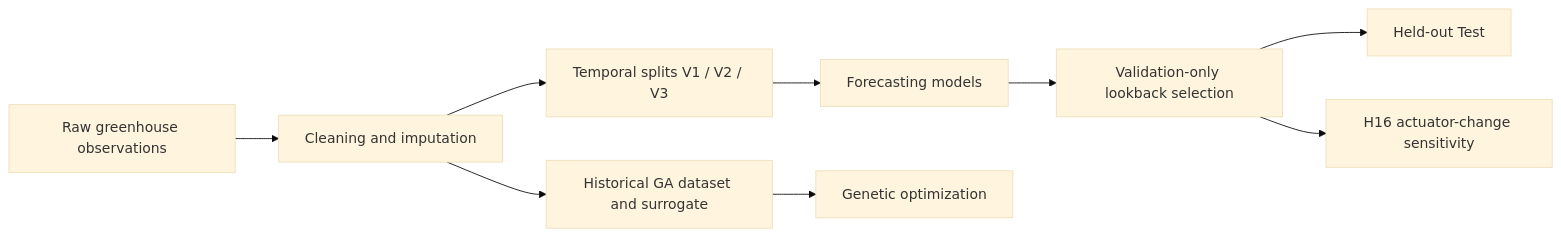
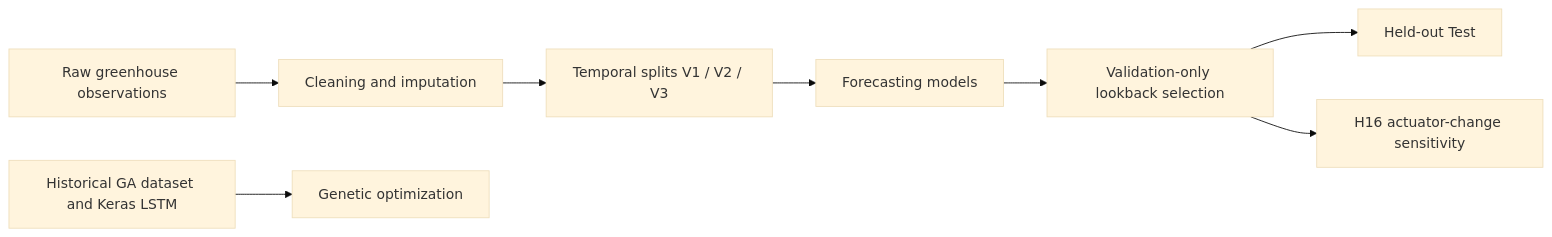
Before and after one commit to SmartGreenHouses/pgaf-greenhouse-climate-control: the diagram in README.md, drawn with Mermaid (base theme). The commit also changed 2 other files, not shown here.

Commit message:
Finalize repository documentation and ignore rules

````diff
--- a/README.md
+++ b/README.md
@@ -18,11 +18,10 @@
 ```mermaid
 flowchart LR
     A[Raw greenhouse observations] --> B[Cleaning and imputation]
     B --> C[Temporal splits V1 / V2 / V3]
     C --> D[Forecasting models]
     D --> E[Validation-only lookback selection]
     E --> F[Held-out Test]
     E --> G[H16 actuator-change sensitivity]
-    B --> H[Historical GA dataset and surrogate]
-    H --> I[Genetic optimization]
+    J[Historical GA dataset and Keras LSTM] --> I[Genetic optimization]
 ```
````
